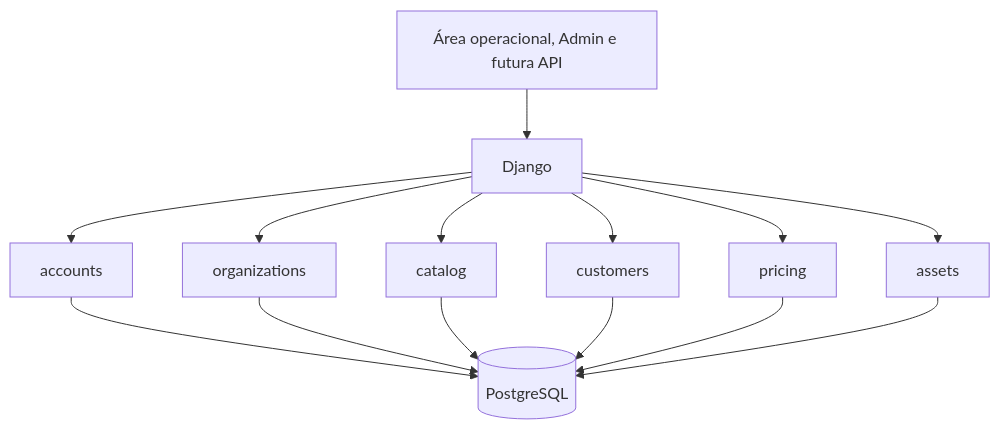
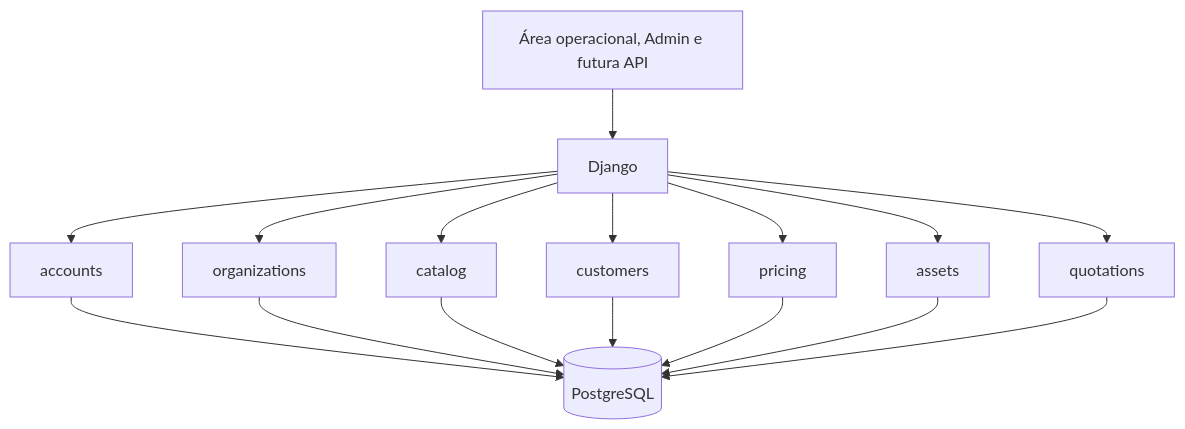
The diagram in docs/architecture.md (ViniciusSilva97/rental-platform), drawn with Mermaid before and after one commit. The commit also changed other lines of this file and 26 other files, not shown here.

````diff
--- a/docs/architecture.md
+++ b/docs/architecture.md
@@ -10,16 +10,18 @@
 ```mermaid
 flowchart TD
     UI["Área operacional, Admin e futura API"] --> APP["Django"]
     APP --> ACC["accounts"]
     APP --> ORG["organizations"]
     APP --> CAT["catalog"]
     APP --> CUS["customers"]
     APP --> PRI["pricing"]
     APP --> AST["assets"]
+    APP --> QUO["quotations"]
     ACC --> DB[("PostgreSQL")]
     ORG --> DB
     CAT --> DB
     CUS --> DB
     PRI --> DB
     AST --> DB
+    QUO --> DB
 ```
````
